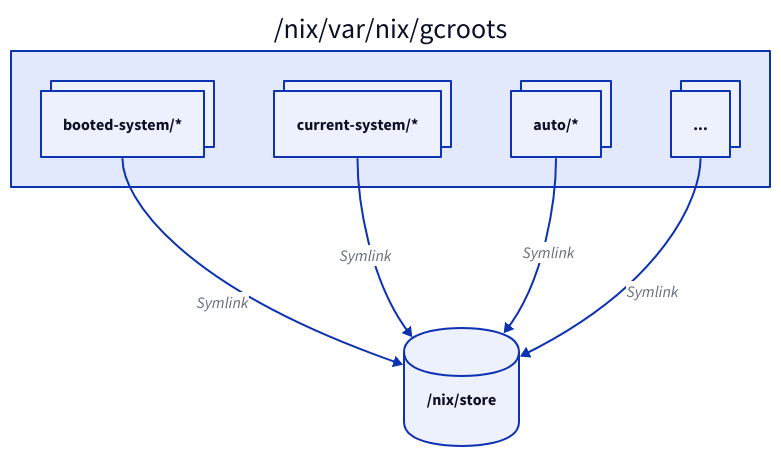
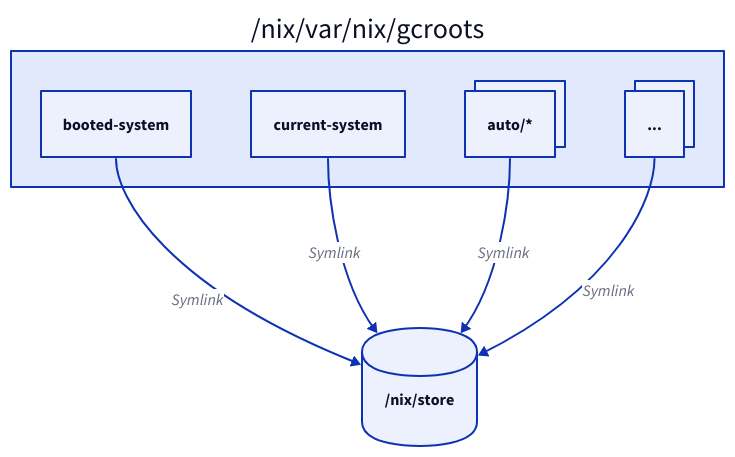
The seventh of 8 diagrams in src/content/docs/chapters/5.mdx (Bwc9876/dgang), drawn with D2 before and after one commit. The commit also changed other lines of this file and 4 other files, not shown here.

````diff
--- a/src/content/docs/chapters/5.mdx
+++ b/src/content/docs/chapters/5.mdx
@@ -299,15 +293,15 @@
 ```d2
 "/nix/var/nix/gcroots": {
-  "booted-system/*" { style.multiple: true }
-  "current-system/*" { style.multiple: true }
+  "booted-system"
+  "current-system"
   "auto/*" { style.multiple: true }
   "..." { style.multiple: true }
 }
 
 "/nix/store": { shape: cylinder }
 
-"/nix/var/nix/gcroots"."booted-system/*" -> "/nix/store": Symlink
-"/nix/var/nix/gcroots"."current-system/*" -> "/nix/store": Symlink
+"/nix/var/nix/gcroots"."booted-system" -> "/nix/store": Symlink
+"/nix/var/nix/gcroots"."current-system" -> "/nix/store": Symlink
 "/nix/var/nix/gcroots"."auto/*" -> "/nix/store": Symlink
 "/nix/var/nix/gcroots"."..." -> "/nix/store": Symlink
 ```
````
